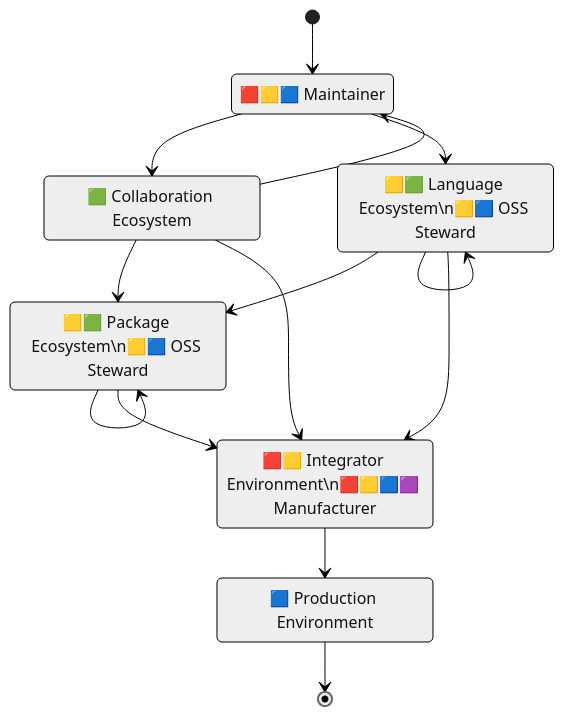
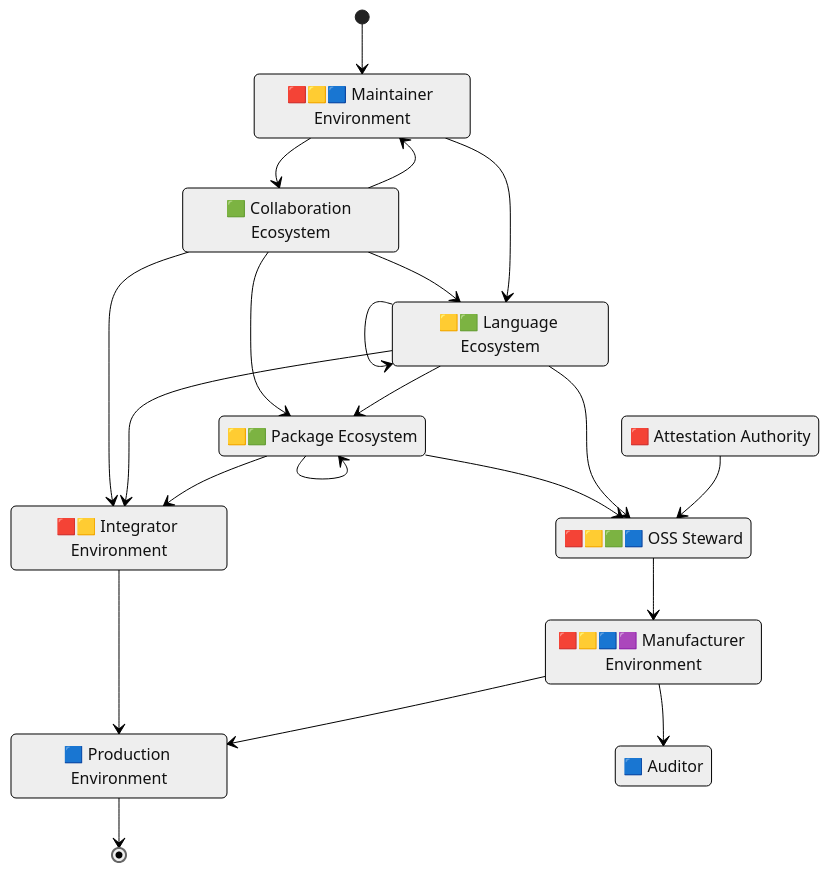
One commit to CPAN-Security/security.metacpan.org changed the first of 3 diagrams in docs/supplychain-sbom.md. Above: the diagram before and after it, drawn with Mermaid (neutral theme). The commit also changed other lines of this file and 1 other file, not shown here.

````diff
--- a/docs/supplychain-sbom.md
+++ b/docs/supplychain-sbom.md
@@ -39,33 +59,44 @@
 ```mermaid
 stateDiagram-v2
     direction TB
 
-    state "🟥🟨🟦 Maintainer" as environment_maintainer
+    state "🟥🟨🟦 Maintainer Environment" as environment_maintainer
     state "🟩 Collaboration Ecosystem" as ecosystem_repo
-    state "🟨🟩 Language Ecosystem\n🟨🟦 OSS Steward" as ecosystem_lang
-    state "🟨🟩 Package Ecosystem\n🟨🟦 OSS Steward" as ecosystem_package
+    state "🟨🟩 Language Ecosystem" as ecosystem_lang
+    state "🟨🟩 Package Ecosystem" as ecosystem_package
+    state "🟥 Attestation Authority" as authority_attestation
+    state "🟥🟨🟩🟦 OSS Steward" as ecosystem_steward
     %%state "🟩 Content Delivery Network" as network_delivery
-    state "🟥🟨 Integrator Environment\n🟥🟨🟦🟪 Manufacturer" as environment_integrator
+    state "🟥🟨 Integrator Environment" as environment_integrator
+    state "🟥🟨🟦🟪 Manufacturer Environment" as environment_manufacturer
     state "🟦 Production Environment" as environment_prod
+    state "🟦 Auditor" as authority_auditor
 
-    [*] --> environment_maintainer
-    environment_maintainer --> ecosystem_repo
-    environment_maintainer --> ecosystem_lang
-    %%environment_maintainer --> network_delivery
-    ecosystem_lang --> ecosystem_package
-    ecosystem_lang --> ecosystem_lang
-    %%ecosystem_lang --> network_delivery
-    ecosystem_lang --> environment_integrator
-    ecosystem_repo --> environment_maintainer
-    ecosystem_repo --> ecosystem_package
-    ecosystem_repo --> environment_integrator
-    ecosystem_package --> ecosystem_package
-    %%ecosystem_package --> network_delivery
-    %%network_delivery --> environment_integrator
-    ecosystem_package --> environment_integrator
-    environment_integrator --> environment_prod
-    environment_prod --> [*]
+    [*]                      --> environment_maintainer
+    ecosystem_repo           --> environment_maintainer
+    %%environment_maintainer   --> network_delivery
+    ecosystem_repo           --> ecosystem_lang
+    environment_maintainer   --> ecosystem_lang
+    ecosystem_lang           --> ecosystem_lang
+    environment_maintainer   --> ecosystem_repo
+    %%ecosystem_lang           --> network_delivery
+    ecosystem_repo           --> ecosystem_package
+    ecosystem_lang           --> ecosystem_package
+    ecosystem_package        --> ecosystem_package
+    %%ecosystem_package        --> network_delivery
+    %%network_delivery         --> environment_integrator
+    ecosystem_package        --> ecosystem_steward
+    ecosystem_lang           --> ecosystem_steward
+    authority_attestation    --> ecosystem_steward
+    ecosystem_repo           --> environment_integrator
+    ecosystem_lang           --> environment_integrator
+    ecosystem_package        --> environment_integrator
+    ecosystem_steward        --> environment_manufacturer
+    environment_integrator   --> environment_prod
+    environment_manufacturer --> environment_prod
+    environment_manufacturer --> authority_auditor
+    environment_prod         --> [*]
 
     %% Copyright © 2024 Salve J. Nilsen <sjn@oslo.pm>
     %% Some rights reserved. Licenced CC-BY-SA-4.0
 ```
````
